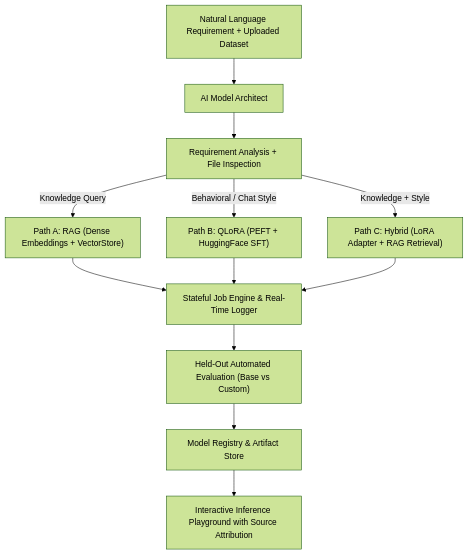
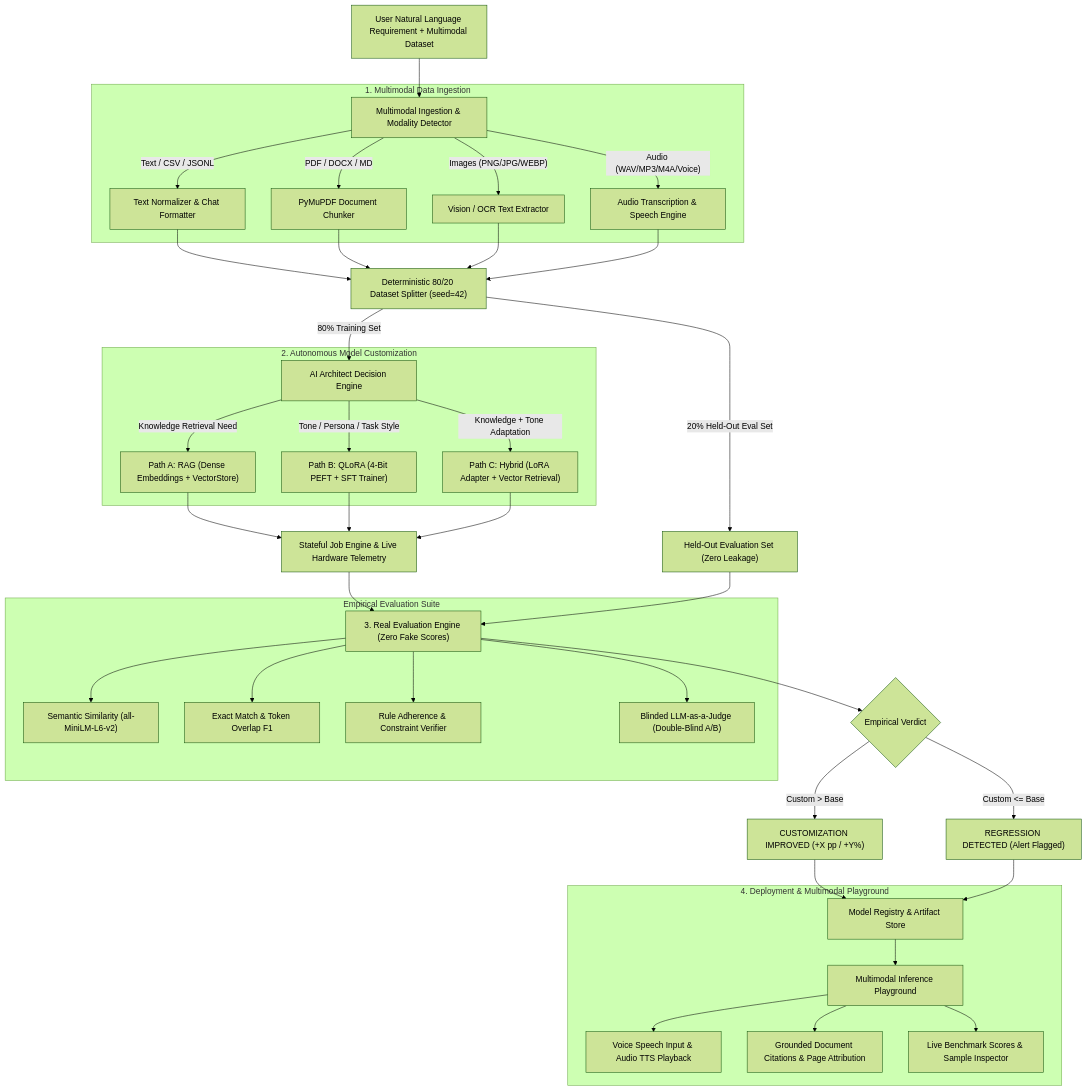
Before and after one commit to Sanjaycode21/EasyLLM: the diagram in README.md, drawn with Mermaid (forest theme). The commit also changed other lines of this file and 63 other files, not shown here.

Commit message:
feat: implement real evaluation engine, multimodal data module, and updated architecture documentation

````diff
--- a/README.md
+++ b/README.md
@@ -11,17 +11,53 @@
 ```mermaid
 graph TD
-    User["Natural Language Requirement + Uploaded Dataset"] --> Architect["AI Model Architect"]
-    Architect --> Analysis["Requirement Analysis + File Inspection"]
+    User["User Natural Language Requirement + Multimodal Dataset"] --> MMDetector["Multimodal Ingestion & Modality Detector"]
     
-    Analysis -->|"Knowledge Query"| PathA["Path A: RAG (Dense Embeddings + VectorStore)"]
-    Analysis -->|"Behavioral / Chat Style"| PathB["Path B: QLoRA (PEFT + HuggingFace SFT)"]
-    Analysis -->|"Knowledge + Style"| PathC["Path C: Hybrid (LoRA Adapter + RAG Retrieval)"]
-    
-    PathA --> JobEngine["Stateful Job Engine & Real-Time Logger"]
+    subgraph Ingestion ["1. Multimodal Data Ingestion"]
+        MMDetector -->|"Text / CSV / JSONL"| PreText["Text Normalizer & Chat Formatter"]
+        MMDetector -->|"PDF / DOCX / MD"| PreDoc["PyMuPDF Document Chunker"]
+        MMDetector -->|"Images (PNG/JPG/WEBP)"| PreImg["Vision / OCR Text Extractor"]
+        MMDetector -->|"Audio (WAV/MP3/M4A/Voice)"| PreAud["Audio Transcription & Speech Engine"]
+    end
+
+    PreText --> Splitter["Deterministic 80/20 Dataset Splitter (seed=42)"]
+    PreDoc --> Splitter
+    PreImg --> Splitter
+    PreAud --> Splitter
+
+    Splitter -->|"80% Training Set"| ArchEngine["AI Architect Decision Engine"]
+    Splitter -->|"20% Held-Out Eval Set"| EvalHoldout["Held-Out Evaluation Set (Zero Leakage)"]
+
+    subgraph ArchitecturePaths ["2. Autonomous Model Customization"]
+        ArchEngine -->|"Knowledge Retrieval Need"| PathA["Path A: RAG (Dense Embeddings + VectorStore)"]
+        ArchEngine -->|"Tone / Persona / Task Style"| PathB["Path B: QLoRA (4-Bit PEFT + SFT Trainer)"]
+        ArchEngine -->|"Knowledge + Tone Adaptation"| PathC["Path C: Hybrid (LoRA Adapter + Vector Retrieval)"]
+    end
+
+    PathA --> JobEngine["Stateful Job Engine & Live Hardware Telemetry"]
     PathB --> JobEngine
     PathC --> JobEngine
-    
-    JobEngine --> Evaluator["Held-Out Automated Evaluation (Base vs Custom)"]
-    Evaluator --> Registry["Model Registry & Artifact Store"]
-    Registry --> Playground["Interactive Inference Playground with Source Attribution"]
+
+    JobEngine --> RealEvalEngine["3. Real Evaluation Engine (Zero Fake Scores)"]
+    EvalHoldout --> RealEvalEngine
+
+    subgraph EvaluationMetrics ["Empirical Evaluation Suite"]
+        RealEvalEngine --> M1["Semantic Similarity (all-MiniLM-L6-v2)"]
+        RealEvalEngine --> M2["Exact Match & Token Overlap F1"]
+        RealEvalEngine --> M3["Rule Adherence & Constraint Verifier"]
+        RealEvalEngine --> M4["Blinded LLM-as-a-Judge (Double-Blind A/B)"]
+    end
+
+    RealEvalEngine --> Verdict{"Empirical Verdict"}
+    Verdict -->|"Custom > Base"| Improved["CUSTOMIZATION IMPROVED (+X pp / +Y%)"]
+    Verdict -->|"Custom <= Base"| Regressed["REGRESSION DETECTED (Alert Flagged)"]
+
+    Improved --> Registry["Model Registry & Artifact Store"]
+    Regressed --> Registry
+
+    subgraph Serving ["4. Deployment & Multimodal Playground"]
+        Registry --> ChatUI["Multimodal Inference Playground"]
+        ChatUI --> VoiceIO["Voice Speech Input & Audio TTS Playback"]
+        ChatUI --> Grounding["Grounded Document Citations & Page Attribution"]
+        ChatUI --> BenchmarkCard["Live Benchmark Scores & Sample Inspector"]
+    end
 ```
````
